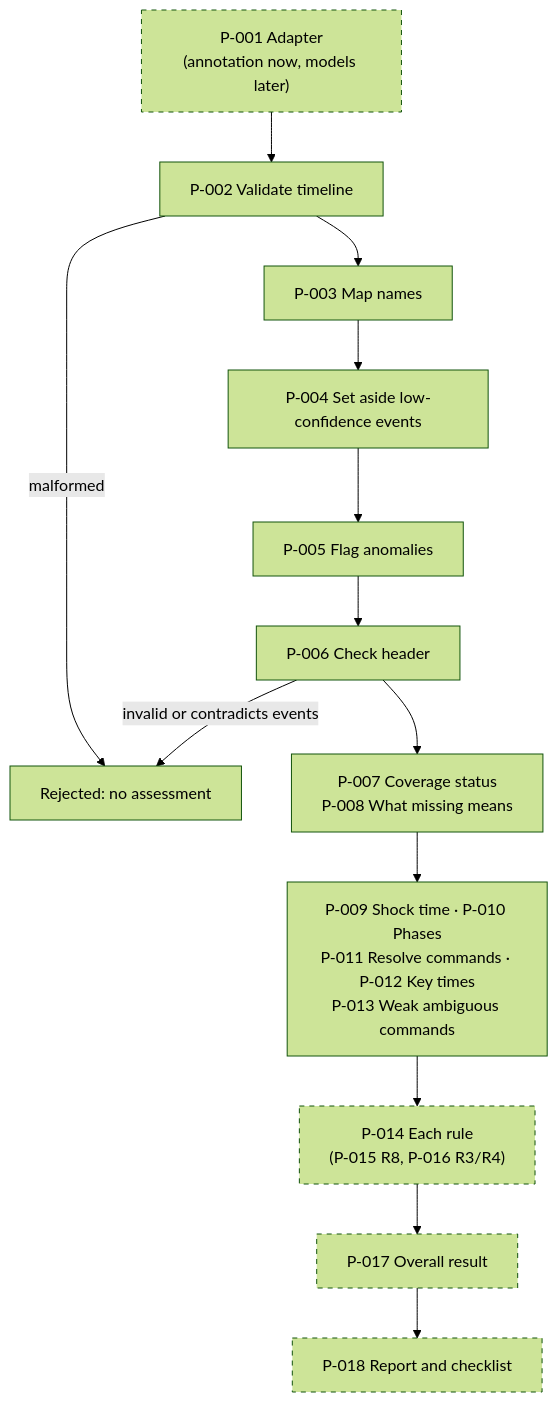
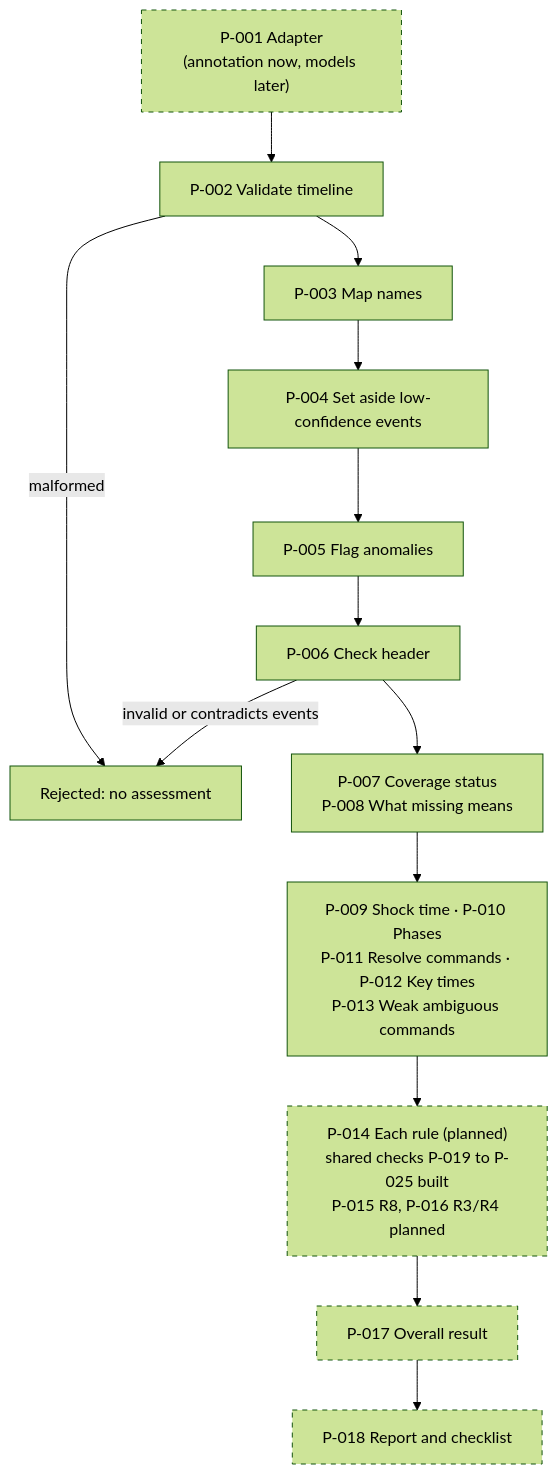
Before and after one commit to ananthu65/defibrillator_research: the second of 8 diagrams in docs/rule_engine/diagrams.md, drawn with Mermaid (forest theme). The commit also changed other lines of this file and 14 other files, not shown here.

First line of the commit message:
feat(rules): add RuleOutcome and shared checks (Increment 6)

````diff
--- a/docs/rule_engine/diagrams.md
+++ b/docs/rule_engine/diagrams.md
@@ -35,21 +35,21 @@
 ```mermaid
 flowchart TD
     A["P-001 Adapter<br/>(annotation now, models later)"]:::planned
     B["P-002 Validate timeline"]
     C["P-003 Map names"]
     D["P-004 Set aside low-confidence events"]
     E["P-005 Flag anomalies"]
     F["P-006 Check header"]
     G["P-007 Coverage status<br/>P-008 What missing means"]
     H["P-009 Shock time · P-010 Phases<br/>P-011 Resolve commands · P-012 Key times<br/>P-013 Weak ambiguous commands"]
-    I["P-014 Each rule<br/>(P-015 R8, P-016 R3/R4)"]:::planned
+    I["P-014 Each rule (planned)<br/>shared checks P-019 to P-025 built<br/>P-015 R8, P-016 R3/R4 planned"]:::planned
     J["P-017 Overall result"]:::planned
     K["P-018 Report and checklist"]:::planned
     X["Rejected: no assessment"]
     A --> B
     B -->|malformed| X
     B --> C --> D --> E --> F
     F -->|invalid or contradicts events| X
     F --> G --> H --> I --> J --> K
     classDef planned stroke-dasharray: 5 5
 ```
````
